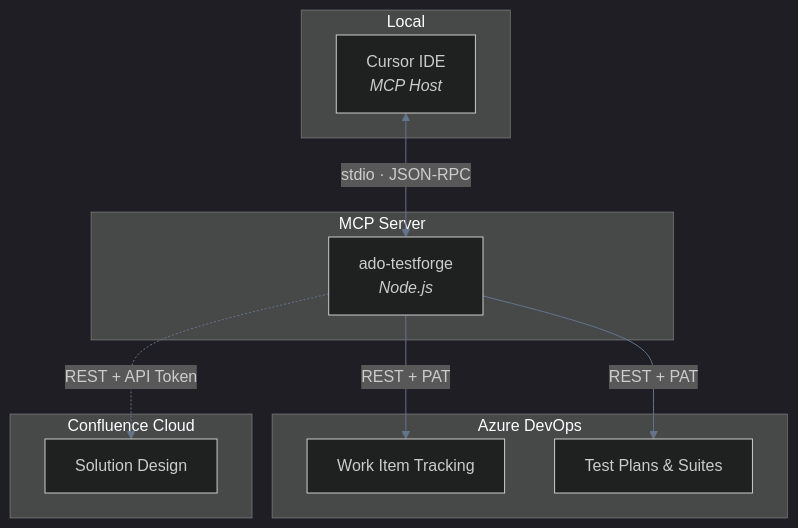
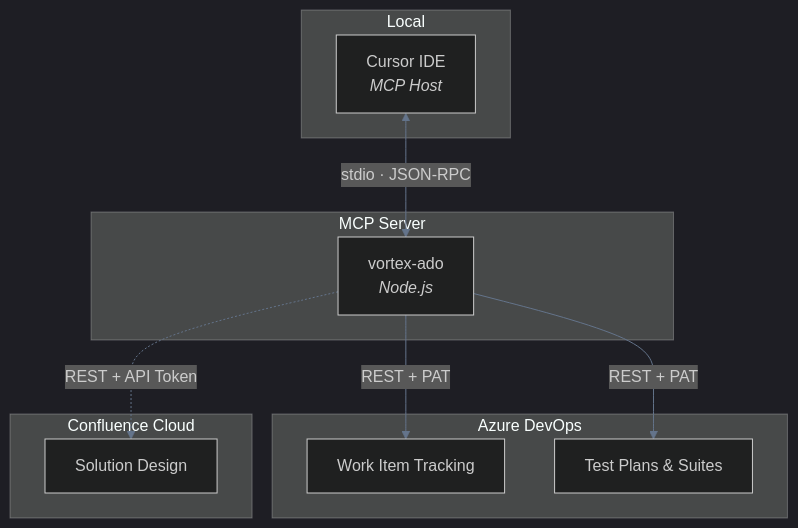
The diagram in README.md (badgujar-kavita/ado-mcp-server), drawn with Mermaid before and after one commit. The commit also changed other lines of this file and 36 other files, not shown here.

First line of the commit message:
Rename ado-testforge → vortex-ado across entire codebase

````diff
--- a/README.md
+++ b/README.md
@@ -30,25 +30,25 @@
 ```mermaid
 %%{init: {'theme':'dark', 'themeVariables': { 'primaryColor':'#1e3a5f', 'primaryTextColor':'#e2e8f0', 'primaryBorderColor':'#334155', 'lineColor':'#64748b', 'secondaryColor':'#0f172a', 'tertiaryColor':'#1e293b'}}}%%
 flowchart TB
     subgraph local["Local"]
         Cursor["Cursor IDE<br/><i>MCP Host</i>"]
     end
 
     subgraph mcp["MCP Server"]
-        Server["ado-testforge<br/><i>Node.js</i>"]
+        Server["vortex-ado<br/><i>Node.js</i>"]
     end
 
     subgraph ado["Azure DevOps"]
         WIT["Work Item Tracking"]
         TP["Test Plans & Suites"]
     end
 
     subgraph confluence["Confluence Cloud"]
         SD["Solution Design"]
     end
 
     Cursor <-->|"stdio · JSON-RPC"| Server
     Server -->|"REST + PAT"| WIT
     Server -->|"REST + PAT"| TP
     Server -.->|"REST + API Token"| SD
 ```
````
